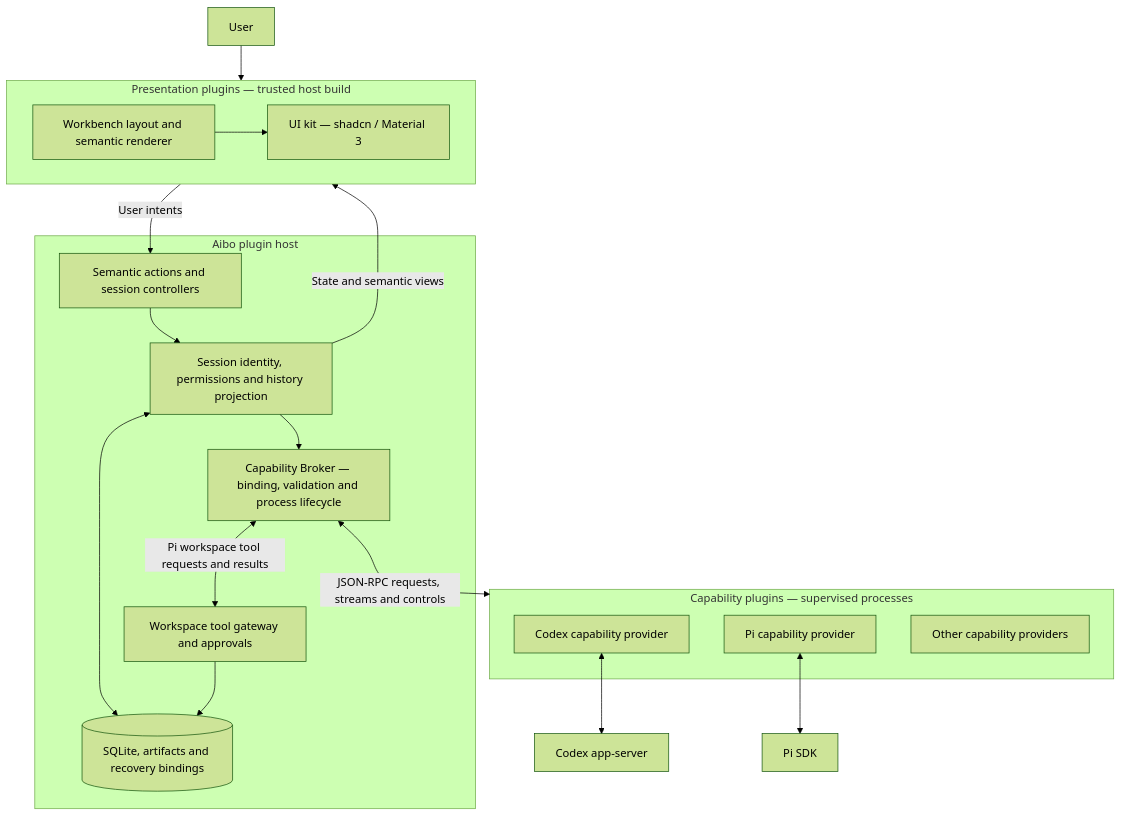
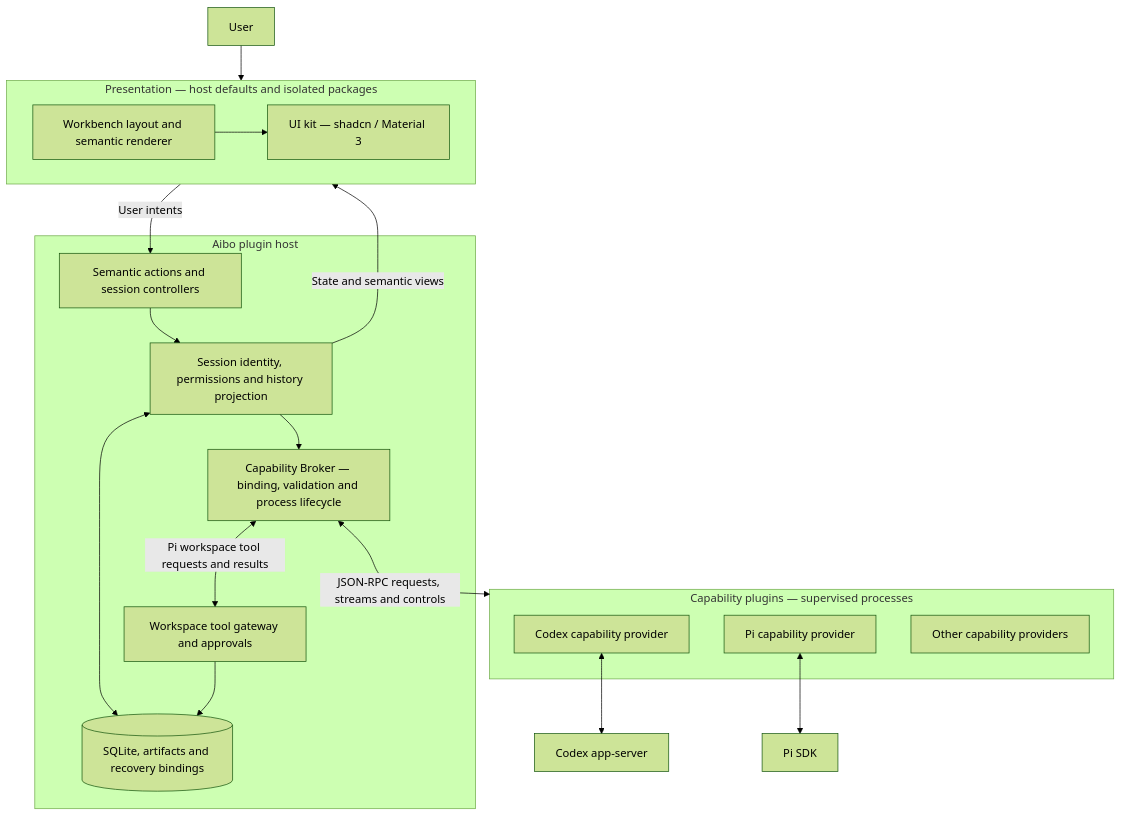
Before and after one commit to chldu2000/aibo: the diagram in README.md, drawn with Mermaid (forest theme). The commit also changed other lines of this file and 7 other files, not shown here.

````diff
--- a/README.md
+++ b/README.md
@@ -24,30 +24,30 @@
 ```mermaid
 flowchart TB
     user[User] --> presentation
-    subgraph presentation[Presentation plugins — trusted host build]
+    subgraph presentation[Presentation — host defaults and isolated packages]
         shell[Workbench layout and semantic renderer]
         kit[UI kit — shadcn / Material 3]
         shell --> kit
     end
     subgraph host[Aibo plugin host]
         actions[Semantic actions and session controllers]
         sessions[Session identity, permissions and history projection]
         broker[Capability Broker — binding, validation and process lifecycle]
         gateway[Workspace tool gateway and approvals]
         storage[(SQLite, artifacts and recovery bindings)]
         actions --> sessions --> broker
         sessions <--> storage
         gateway --> storage
     end
     subgraph plugins[Capability plugins — supervised processes]
         codex[Codex capability provider]
         pi[Pi capability provider]
         extra[Other capability providers]
     end
     presentation -->|User intents| actions
     sessions -->|State and semantic views| presentation
     broker <-->|JSON-RPC requests, streams and controls| plugins
     broker <-->|Pi workspace tool requests and results| gateway
     codex <--> native[Codex app-server]
     pi <--> sdk[Pi SDK]
 ```
````
